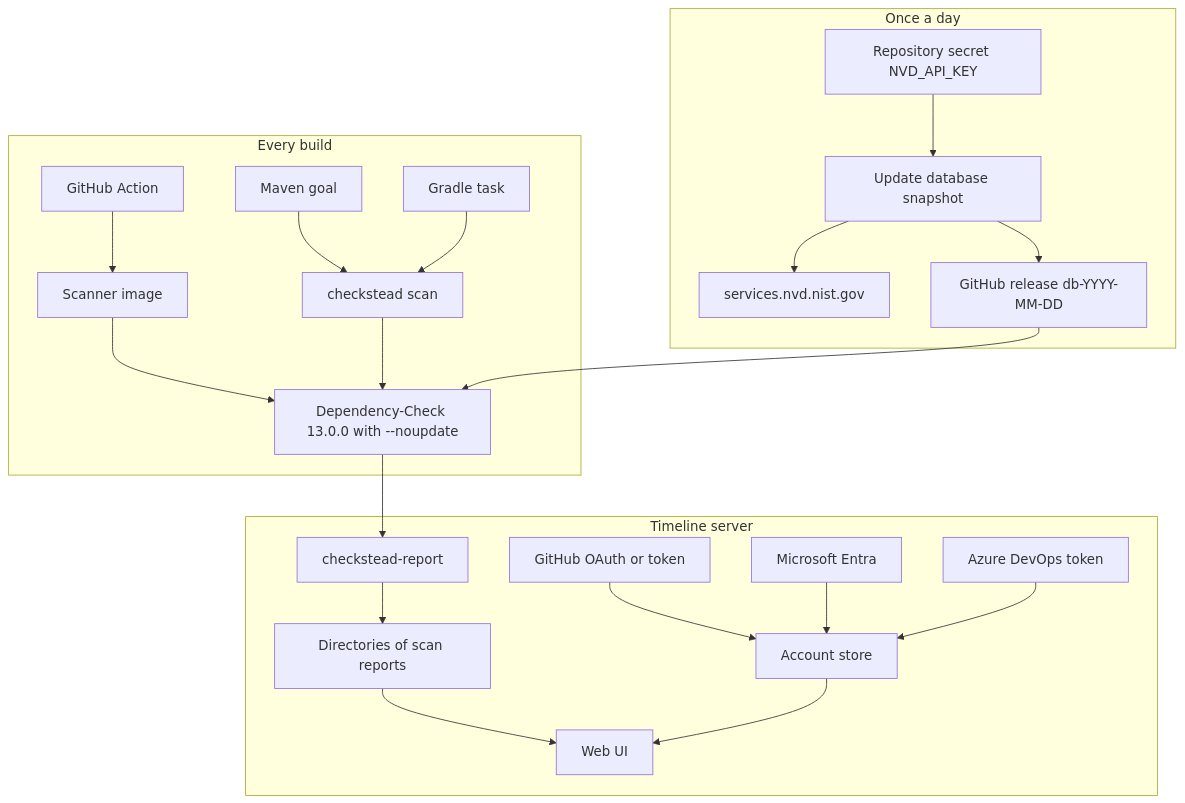
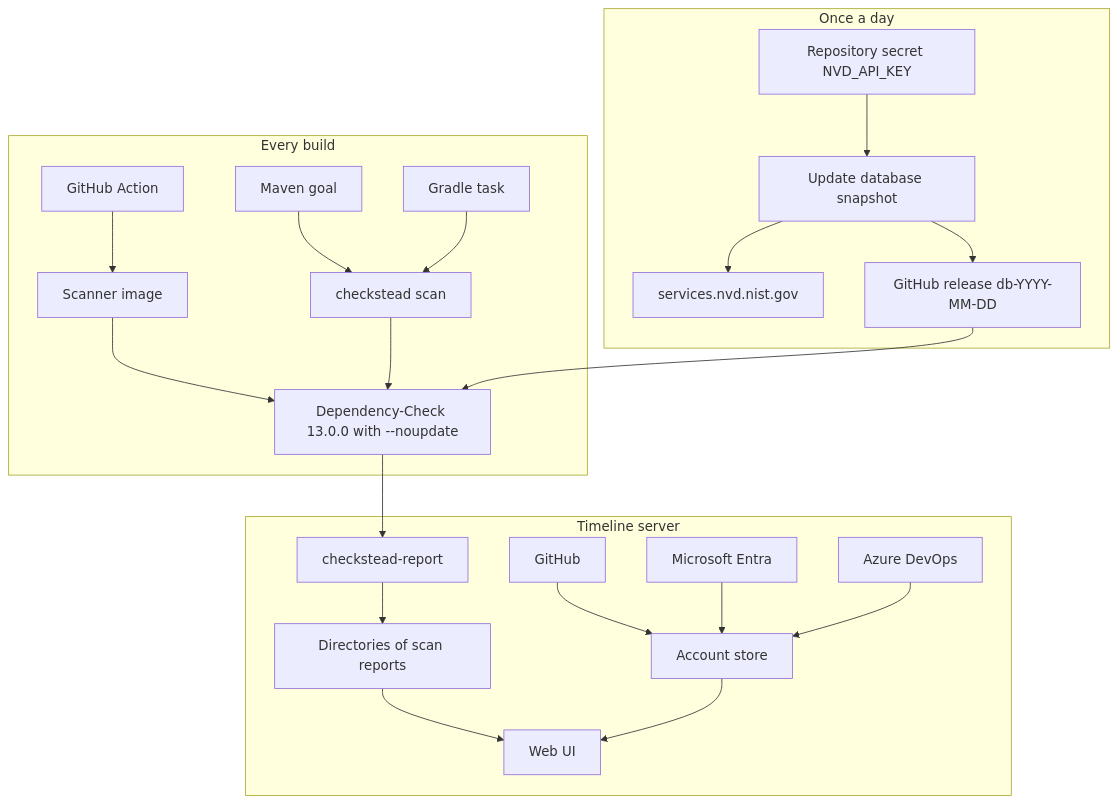
One commit to chethankumblekar/dependency-check-db-cache changed the diagram in README.md. Above: the diagram before and after it, drawn with Mermaid. The commit also changed other lines of this file and 5 other files, not shown here.

First line of the commit message:
Send the organization owner to GitHub to install the app.

````diff
--- a/README.md
+++ b/README.md
@@ -142,43 +146,43 @@
 ```mermaid
 flowchart TB
   subgraph daily [Once a day]
     secret[Repository secret NVD_API_KEY]
     updater[Update database snapshot]
     nvd[services.nvd.nist.gov]
     release["GitHub release db-YYYY-MM-DD"]
     secret --> updater
     updater --> nvd
     updater --> release
   end
 
   subgraph build [Every build]
     maven[Maven goal]
     gradle[Gradle task]
     action[GitHub Action]
     cli[checkstead scan]
     scanner[Scanner image]
     engine["Dependency-Check 13.0.0 with --noupdate"]
     maven --> cli
     gradle --> cli
     action --> scanner
     scanner --> engine
     cli --> engine
     release --> engine
   end
 
   engine --> report[checkstead-report]
 
   subgraph portal [Timeline server]
     reports[Directories of scan reports]
     ui[Web UI]
     accounts[Account store]
-    github[GitHub OAuth or token]
+    github[GitHub]
     entra[Microsoft Entra]
-    azure[Azure DevOps token]
+    azure[Azure DevOps]
     report --> reports --> ui
     github --> accounts
     entra --> accounts
     azure --> accounts
     accounts --> ui
   end
 ```
````
